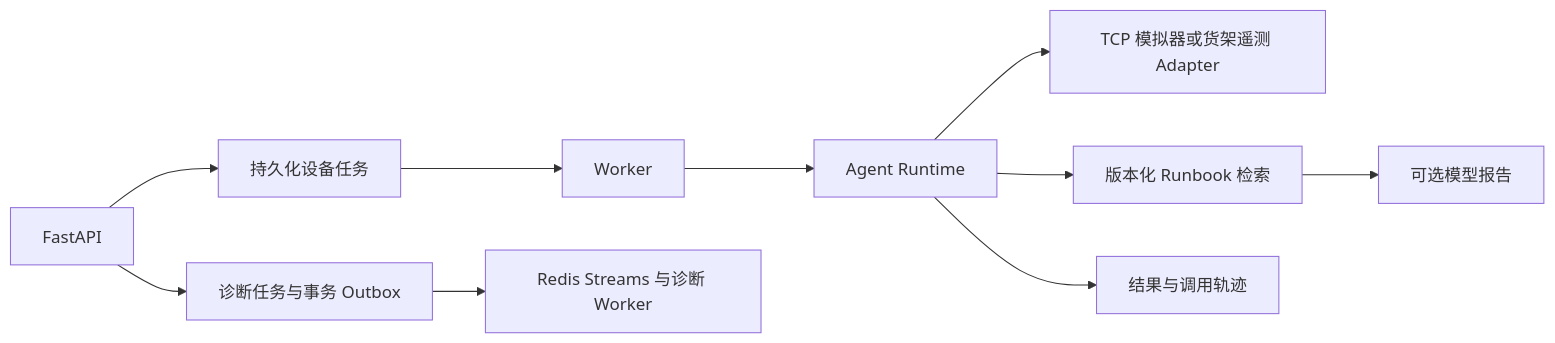
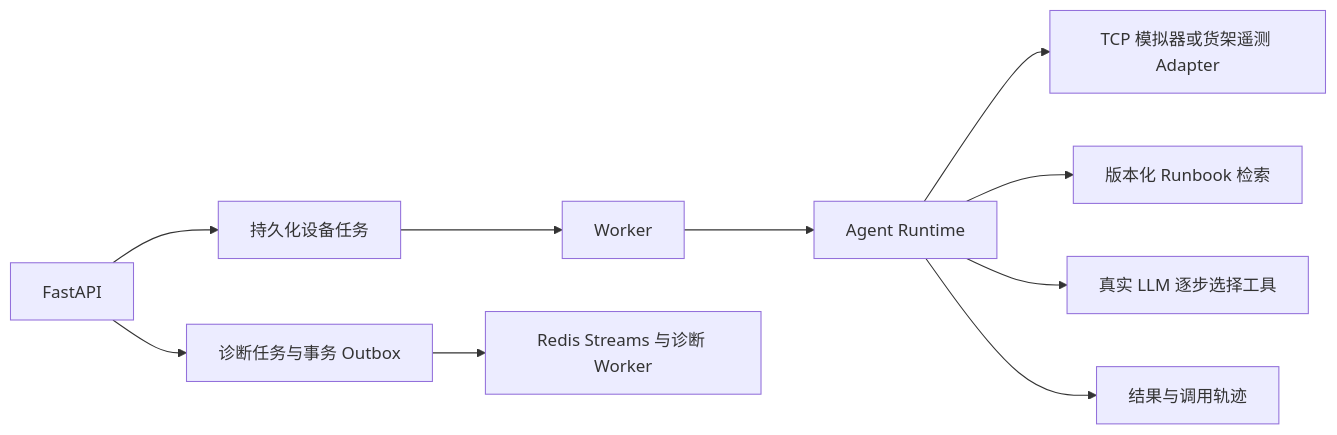
Before and after one commit to KristenYue/telecom-network-incident-agent: the diagram in docs/INDUSTRIAL_AGENT.md, drawn with Mermaid. The commit also changed other lines of this file and 12 other files, not shown here.

````diff
--- a/docs/INDUSTRIAL_AGENT.md
+++ b/docs/INDUSTRIAL_AGENT.md
@@ -13,12 +13,12 @@
 ```mermaid
 flowchart LR
     A[FastAPI] --> B[持久化设备任务]
     B --> C[Worker]
     C --> D[Agent Runtime]
     D --> E[TCP 模拟器或货架遥测 Adapter]
     D --> F[版本化 Runbook 检索]
-    F --> G[可选模型报告]
+    D --> G[真实 LLM 逐步选择工具]
     D --> H[结果与调用轨迹]
     A --> I[诊断任务与事务 Outbox]
     I --> J[Redis Streams 与诊断 Worker]
 ```
````
